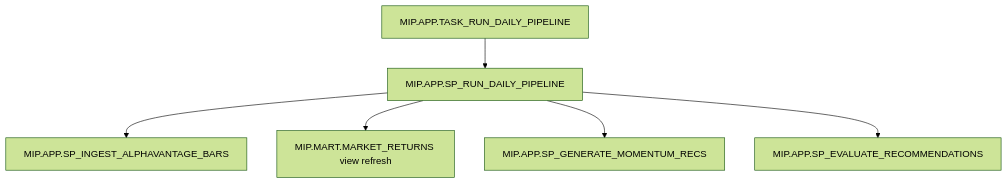
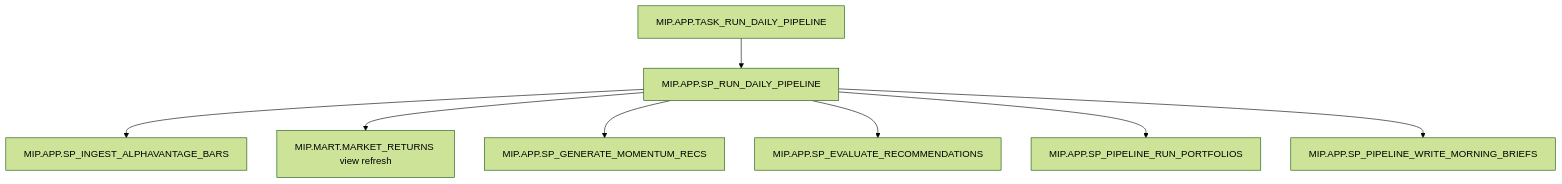
The second of 2 diagrams in docs/20_DATA_LINEAGE.md (jebjergk/MIP), drawn with Mermaid (forest theme) before and after one commit. The commit also changed other lines of this file and 5 other files, not shown here.

````diff
--- a/docs/20_DATA_LINEAGE.md
+++ b/docs/20_DATA_LINEAGE.md
@@ -31,15 +39,19 @@
 ```mermaid
 flowchart TD
     TASK[MIP.APP.TASK_RUN_DAILY_PIPELINE]
     PIPELINE[MIP.APP.SP_RUN_DAILY_PIPELINE]
     INGEST[MIP.APP.SP_INGEST_ALPHAVANTAGE_BARS]
     RETURNS[MIP.MART.MARKET_RETURNS view refresh]
     RECS[MIP.APP.SP_GENERATE_MOMENTUM_RECS]
     EVAL[MIP.APP.SP_EVALUATE_RECOMMENDATIONS]
+    PORTFOLIO[MIP.APP.SP_PIPELINE_RUN_PORTFOLIOS]
+    BRIEF[MIP.APP.SP_PIPELINE_WRITE_MORNING_BRIEFS]
 
     TASK --> PIPELINE
     PIPELINE --> INGEST
     PIPELINE --> RETURNS
     PIPELINE --> RECS
     PIPELINE --> EVAL
+    PIPELINE --> PORTFOLIO
+    PIPELINE --> BRIEF
 ```
````
